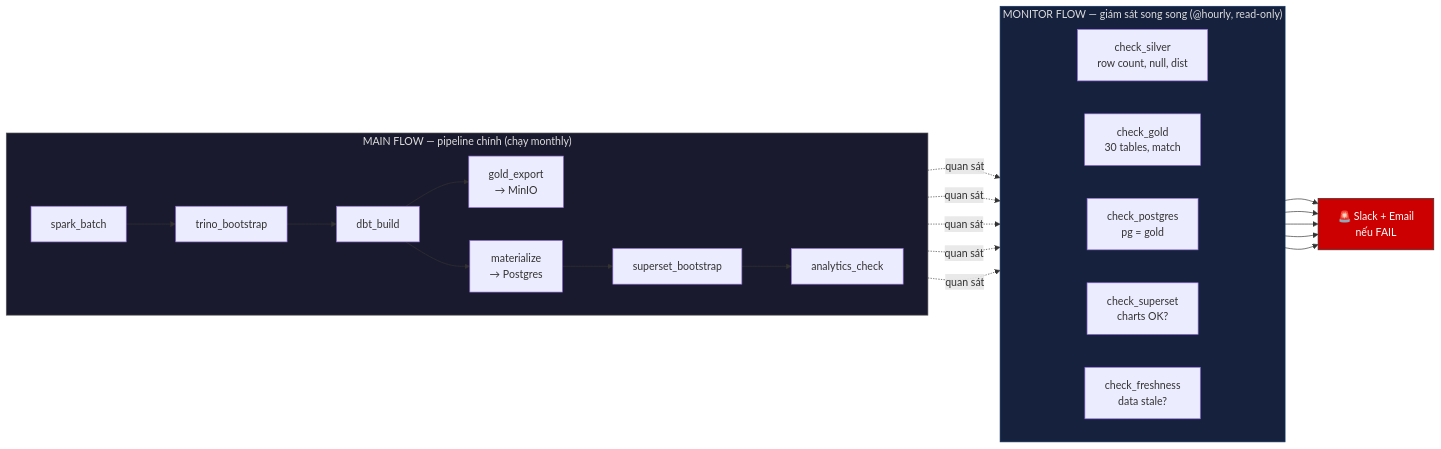
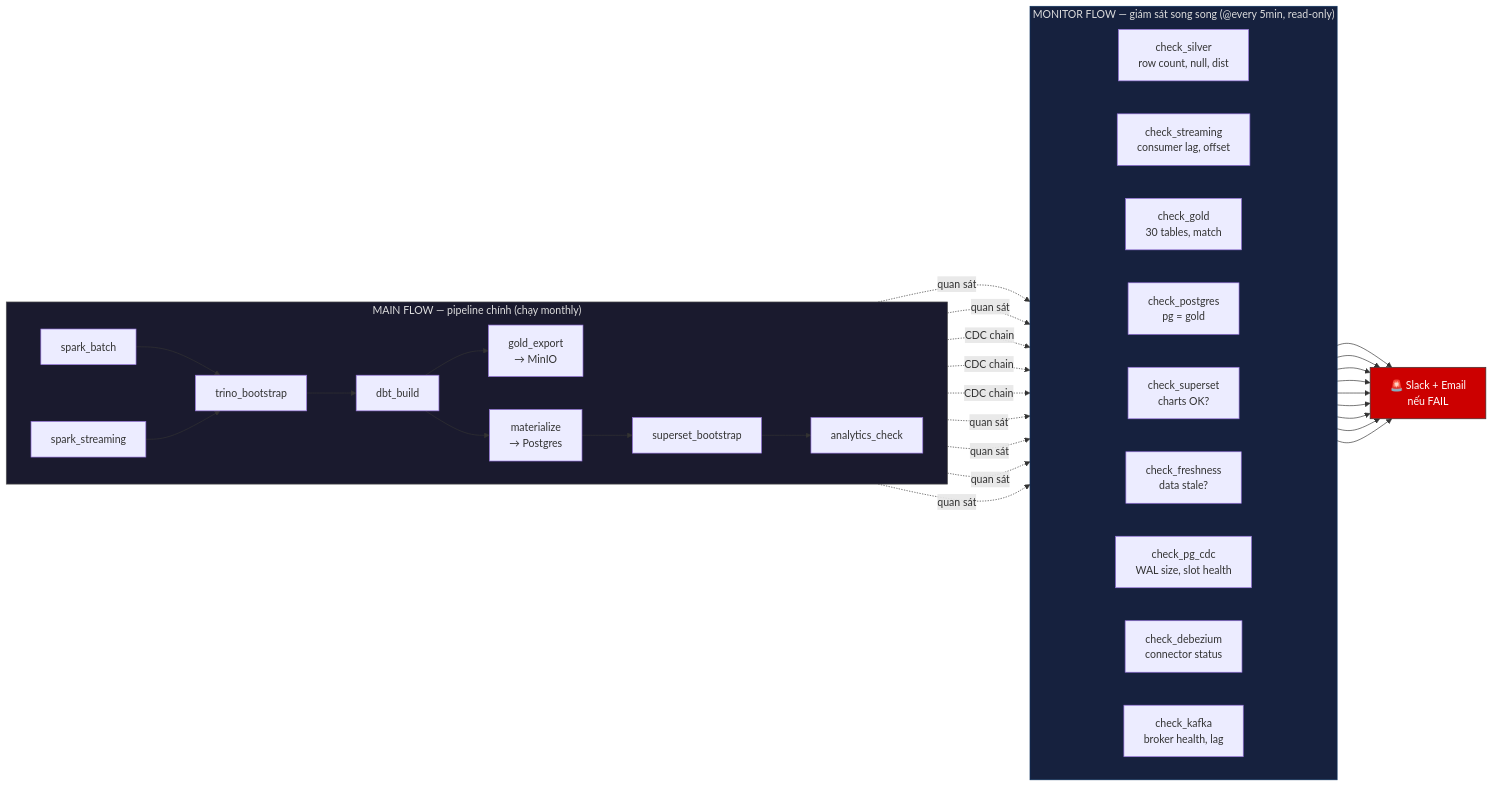
One commit to DawieMalmsteel/nyc_new changed the first of 9 diagrams in docs_update.md. Above: the diagram before and after it, drawn with Mermaid. The commit also changed other lines of this file, not shown here.

````diff
--- a/docs_update.md
+++ b/docs_update.md
@@ -9,33 +9,42 @@
 ```mermaid
 flowchart LR
     subgraph MAIN["MAIN FLOW — pipeline chính (chạy monthly)"]
         direction LR
         M1["spark_batch"] --> M2["trino_bootstrap"]
+        M0["spark_streaming"] --> M2
         M2 --> M3["dbt_build"]
         M3 --> M4["gold_export<br/>→ MinIO"]
         M3 --> M5["materialize<br/>→ Postgres"]
         M5 --> M6["superset_bootstrap"]
         M6 --> M7["analytics_check"]
     end
 
-    subgraph MONITOR["MONITOR FLOW — giám sát song song (@hourly, read-only)"]
+    subgraph MONITOR["MONITOR FLOW — giám sát song song (@every 5min, read-only)"]
         direction LR
         N1["check_silver<br/>row count, null, dist"]
+        N0["check_streaming<br/>consumer lag, offset"]
         N2["check_gold<br/>30 tables, match"]
         N3["check_postgres<br/>pg = gold"]
         N4["check_superset<br/>charts OK?"]
         N5["check_freshness<br/>data stale?"]
+        N_cdc1["check_pg_cdc<br/>WAL size, slot health"]
+        N_cdc2["check_debezium<br/>connector status"]
+        N_cdc3["check_kafka<br/>broker health, lag"]
     end
 
     M1 -.->|"quan sát"| N1
+    M0 -.->|"quan sát"| N0
+    M0 -.->|"CDC chain"| N_cdc1
+    M0 -.->|"CDC chain"| N_cdc2
+    M0 -.->|"CDC chain"| N_cdc3
     M4 -.->|"quan sát"| N2
     M5 -.->|"quan sát"| N3
     M6 -.->|"quan sát"| N4
     M7 -.->|"quan sát"| N5
 
-    N1 & N2 & N3 & N4 & N5 --> ALERT["🚨 Slack + Email<br/>nếu FAIL"]
+    N0 & N1 & N2 & N3 & N4 & N5 & N_cdc1 & N_cdc2 & N_cdc3 --> ALERT["🚨 Slack + Email<br/>nếu FAIL"]
 
     style MAIN fill:#1a1a2e,stroke:#555,color:#ddd
     style MONITOR fill:#16213e,stroke:#0f3460,color:#ddd
     style ALERT fill:#c00,stroke:#333,color:#fff
 ```
````
